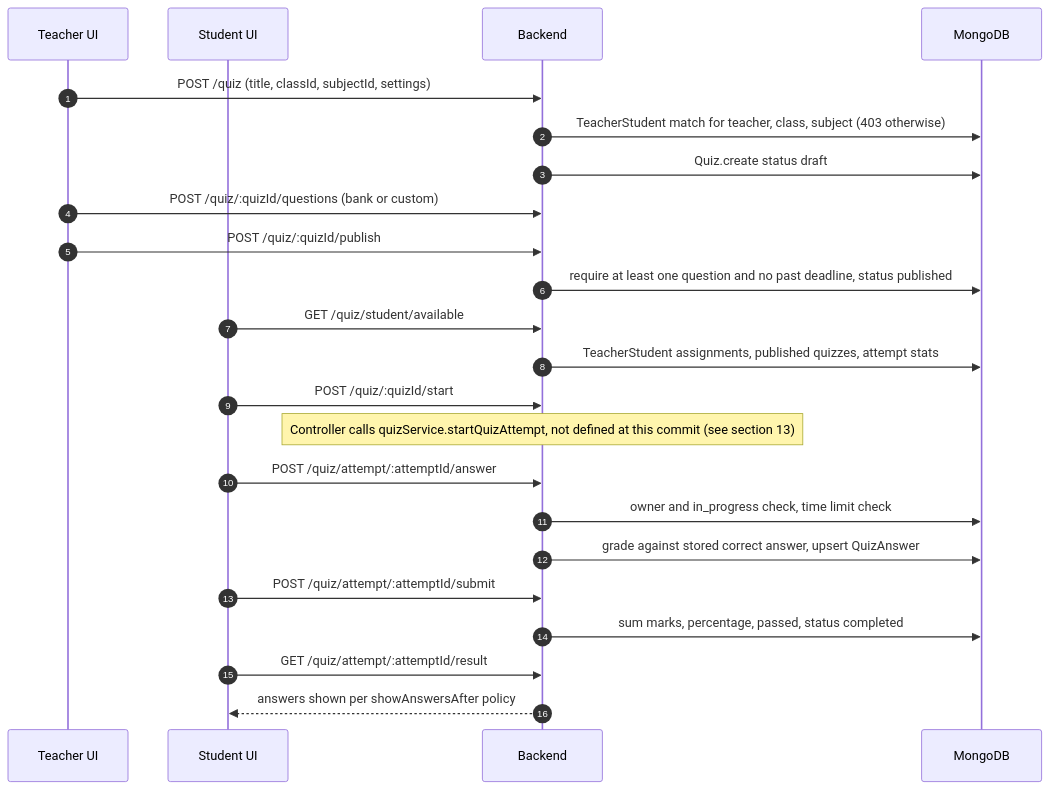
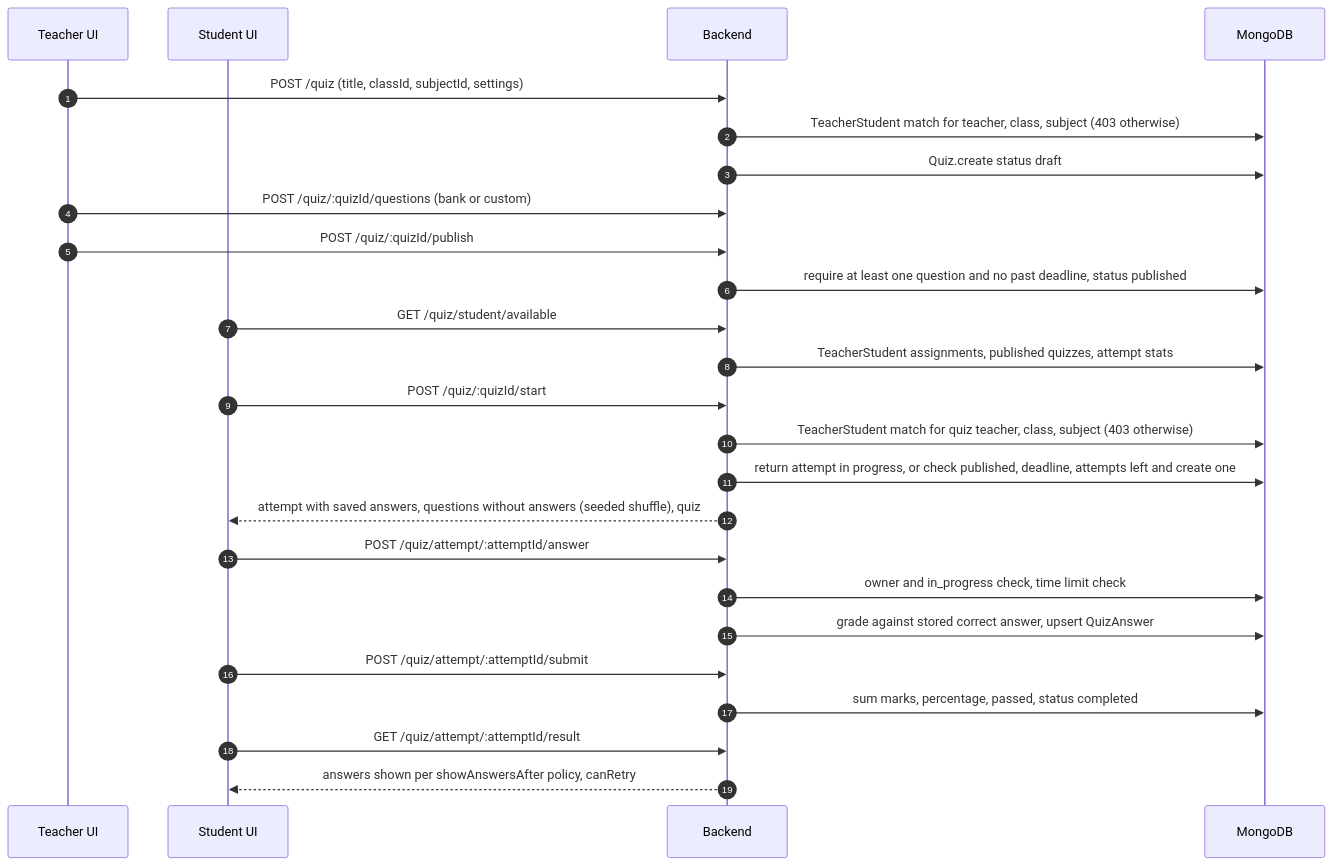
One commit to AskAide-AI/docs changed diagram 11 of 17 in docs/backend/lld.md. Above: the diagram before and after it, drawn with Mermaid. The commit also changed other lines of this file and 22 other files, not shown here.

````diff
--- a/docs/backend/lld.md
+++ b/docs/backend/lld.md
@@ -944,25 +946,27 @@
 ```mermaid
 sequenceDiagram
     autonumber
     participant T as Teacher UI
     participant S as Student UI
     participant BE as Backend
     participant DB as MongoDB
     T->>BE: POST /quiz (title, classId, subjectId, settings)
     BE->>DB: TeacherStudent match for teacher, class, subject (403 otherwise)
     BE->>DB: Quiz.create status draft
     T->>BE: POST /quiz/:quizId/questions (bank or custom)
     T->>BE: POST /quiz/:quizId/publish
     BE->>DB: require at least one question and no past deadline, status published
     S->>BE: GET /quiz/student/available
     BE->>DB: TeacherStudent assignments, published quizzes, attempt stats
     S->>BE: POST /quiz/:quizId/start
-    Note over BE: Controller calls quizService.startQuizAttempt, not defined at this commit (see section 13)
+    BE->>DB: TeacherStudent match for quiz teacher, class, subject (403 otherwise)
+    BE->>DB: return attempt in progress, or check published, deadline, attempts left and create one
+    BE-->>S: attempt with saved answers, questions without answers (seeded shuffle), quiz
     S->>BE: POST /quiz/attempt/:attemptId/answer
     BE->>DB: owner and in_progress check, time limit check
     BE->>DB: grade against stored correct answer, upsert QuizAnswer
     S->>BE: POST /quiz/attempt/:attemptId/submit
     BE->>DB: sum marks, percentage, passed, status completed
     S->>BE: GET /quiz/attempt/:attemptId/result
-    BE-->>S: answers shown per showAnswersAfter policy
+    BE-->>S: answers shown per showAnswersAfter policy, canRetry
 ```
````
